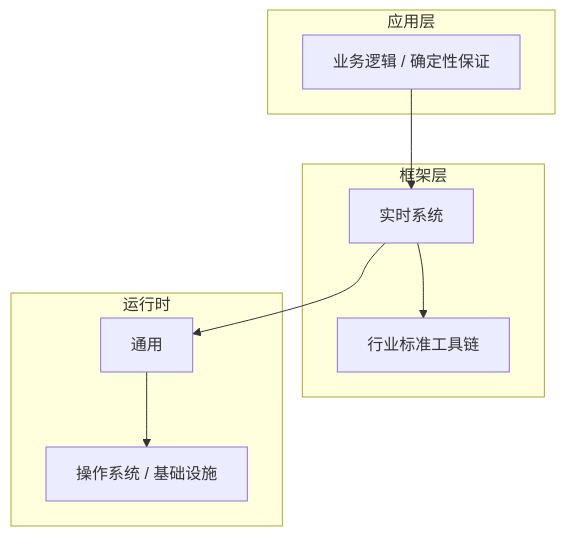
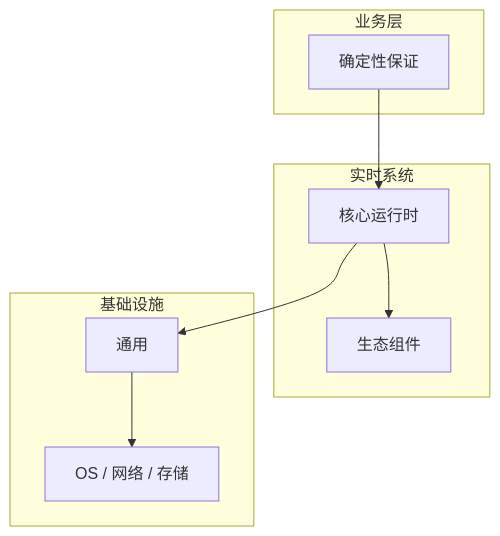
The diagram in articles/实时系统/chapters/041-确定性保证核心概念与原理.md (yanggan2015/knowledge-json-v2), drawn with Mermaid before and after one commit. The commit also changed other lines of this file and 10127 other files, not shown here.

````diff
--- a/articles/实时系统/chapters/041-确定性保证核心概念与原理.md
+++ b/articles/实时系统/chapters/041-确定性保证核心概念与原理.md
@@ -45,18 +34,18 @@
 ```mermaid
 graph TB
-    subgraph 应用层
-        A[业务逻辑 / 确定性保证]
+    subgraph 业务层
+        A[确定性保证]
     end
-    subgraph 框架层
-        B[实时系统]
-        C[行业标准工具链]
+    subgraph 实时系统
+        B[核心运行时]
+        C[生态组件]
     end
-    subgraph 运行时
+    subgraph 基础设施
         D[通用]
-        E[操作系统 / 基础设施]
+        E[OS / 网络 / 存储]
     end
     A --> B
     B --> C
     B --> D
     D --> E
 ```
````
